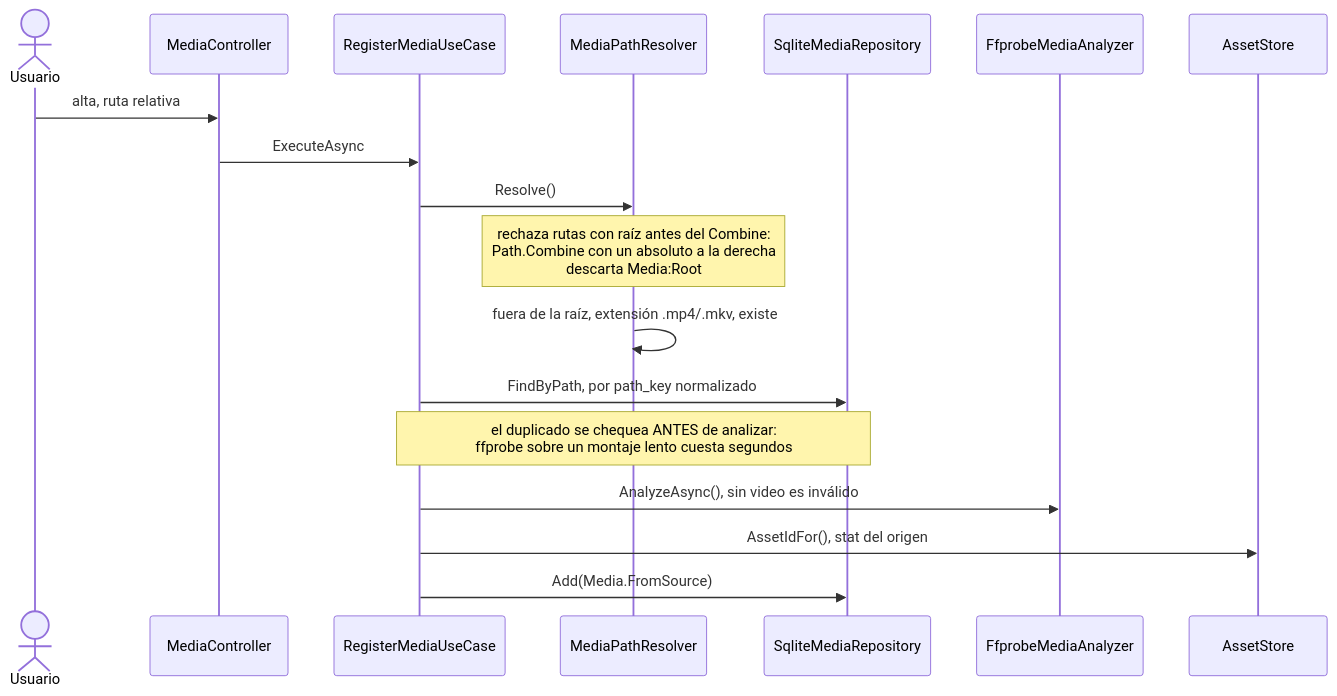
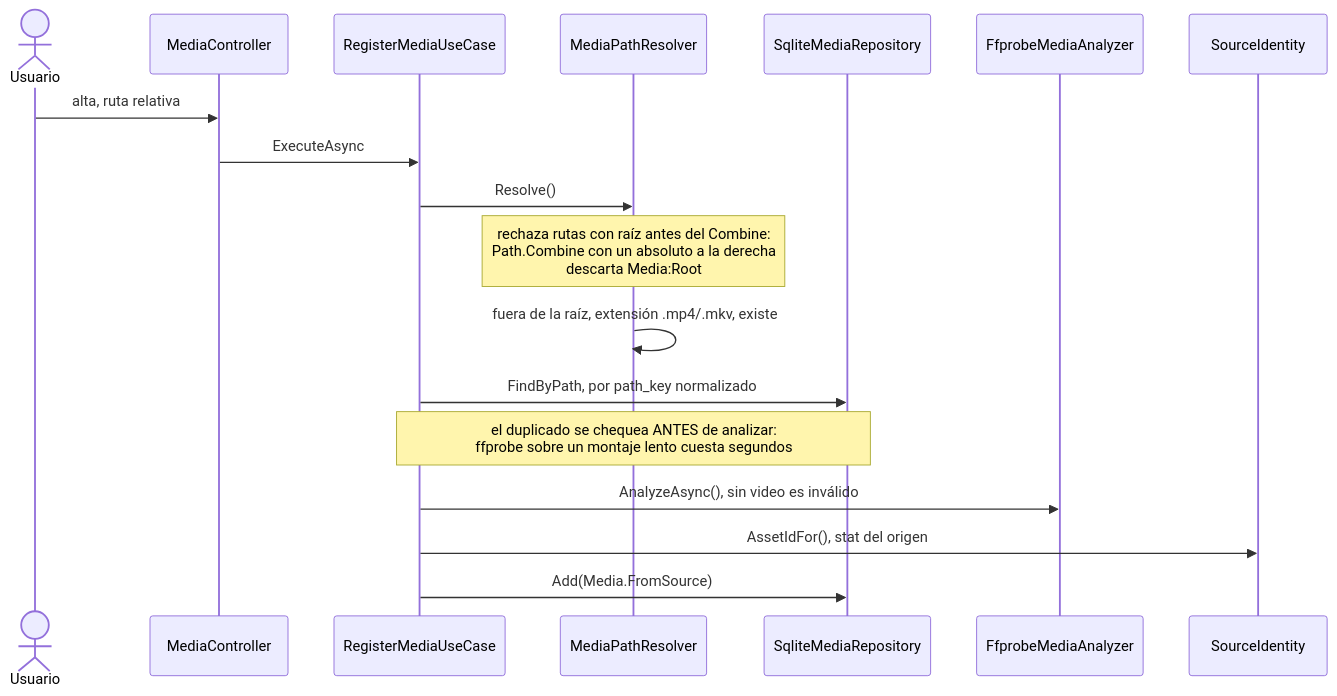
Before and after one commit to Juan045/home-stream-app: the fifth of 15 diagrams in system_arquitecture.md, drawn with Mermaid. The commit also changed other lines of this file and 3 other files, not shown here.

Commit message:
docs: cache components after AssetStore split

````diff
--- a/system_arquitecture.md
+++ b/system_arquitecture.md
@@ -414,21 +437,21 @@
 ```mermaid
 sequenceDiagram
     actor U as Usuario
     participant C as MediaController
     participant R as RegisterMediaUseCase
     participant P as MediaPathResolver
     participant DB as SqliteMediaRepository
     participant FP as FfprobeMediaAnalyzer
-    participant S as AssetStore
+    participant S as SourceIdentity
 
     U->>C: alta, ruta relativa
     C->>R: ExecuteAsync
     R->>P: Resolve()
     Note over P: rechaza rutas con raíz antes del Combine:<br/>Path.Combine con un absoluto a la derecha<br/>descarta Media:Root
     P->>P: fuera de la raíz, extensión .mp4/.mkv, existe
     R->>DB: FindByPath, por path_key normalizado
     Note over R,DB: el duplicado se chequea ANTES de analizar:<br/>ffprobe sobre un montaje lento cuesta segundos
     R->>FP: AnalyzeAsync(), sin video es inválido
     R->>S: AssetIdFor(), stat del origen
     R->>DB: Add(Media.FromSource)
 ```
````
